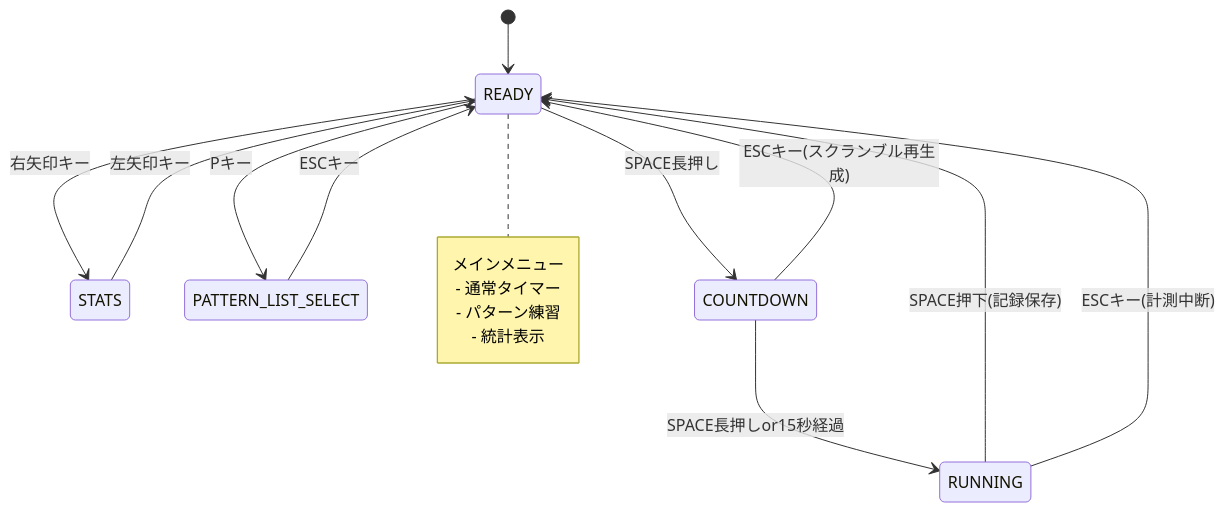
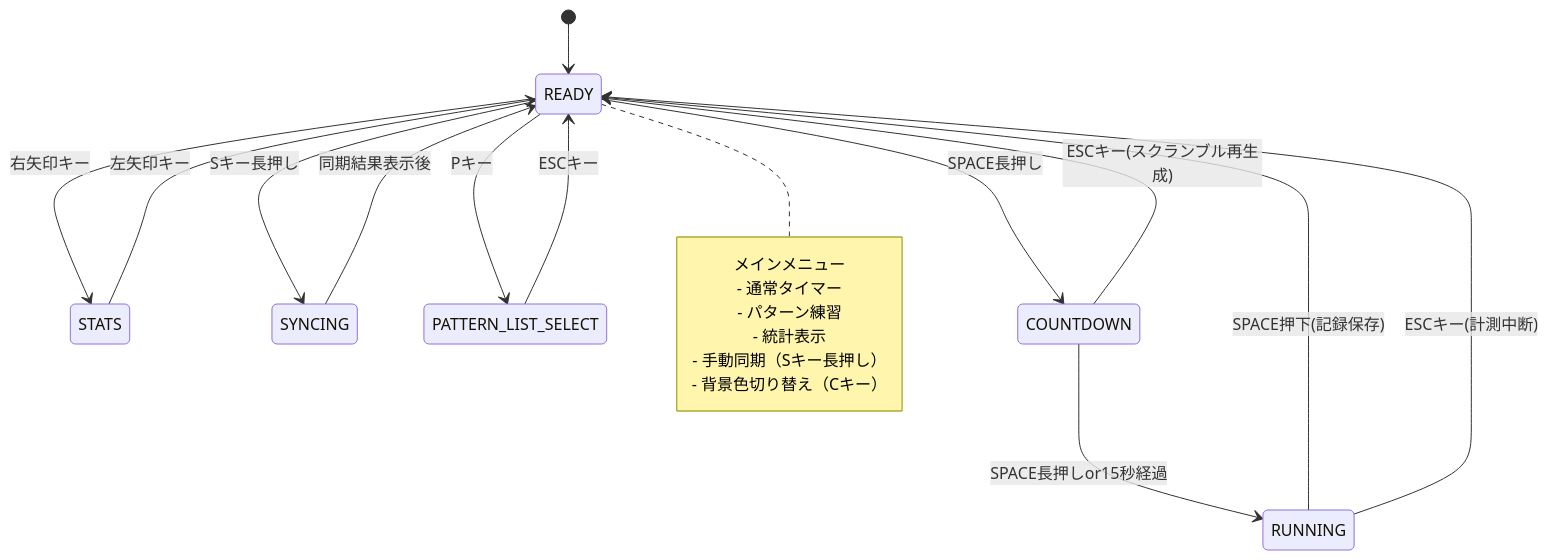
Before and after one commit to ynanigashi/speedcube_timer: the first of 11 diagrams in docs/flow_diagrams.md, drawn with Mermaid. The commit also changed other lines of this file and 9 other files, not shown here.

````diff
--- a/docs/flow_diagrams.md
+++ b/docs/flow_diagrams.md
@@ -18,23 +18,27 @@
 ```mermaid
 stateDiagram-v2
     [*] --> READY
     
     READY --> STATS: 右矢印キー
     STATS --> READY: 左矢印キー
+    READY --> SYNCING: Sキー長押し
+    SYNCING --> READY: 同期結果表示後
     
     READY --> PATTERN_LIST_SELECT: Pキー
     PATTERN_LIST_SELECT --> READY: ESCキー
     
     READY --> COUNTDOWN: SPACE長押し
     COUNTDOWN --> RUNNING: SPACE長押しor15秒経過
     COUNTDOWN --> READY: ESCキー(スクランブル再生成)
     RUNNING --> READY: SPACE押下(記録保存)
     RUNNING --> READY: ESCキー(計測中断)
     
     note right of READY
         メインメニュー
         - 通常タイマー
         - パターン練習
         - 統計表示
+        - 手動同期（Sキー長押し）
+        - 背景色切り替え（Cキー）
     end note
 ```
````
